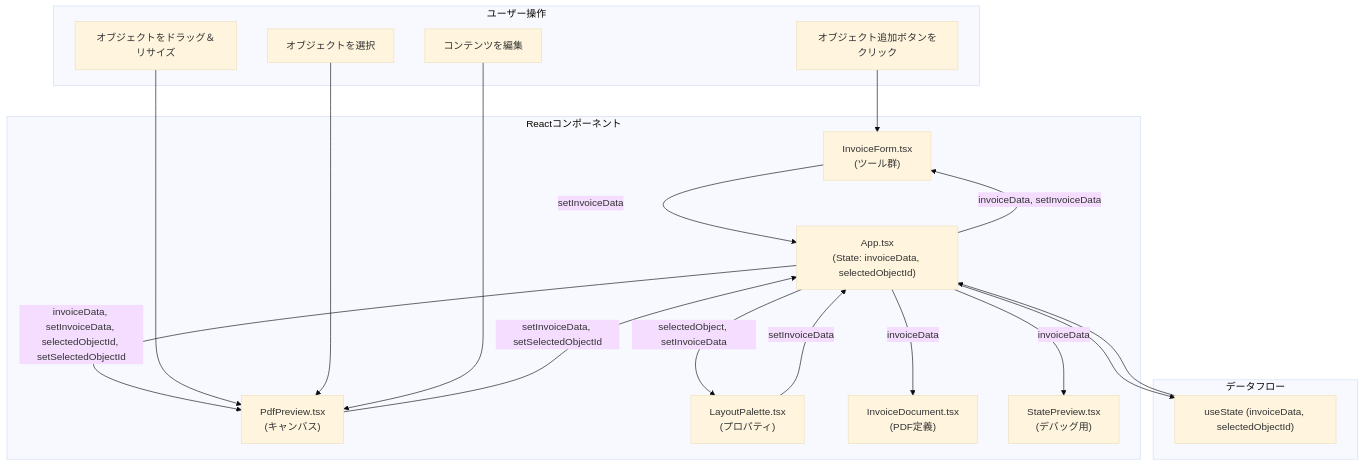
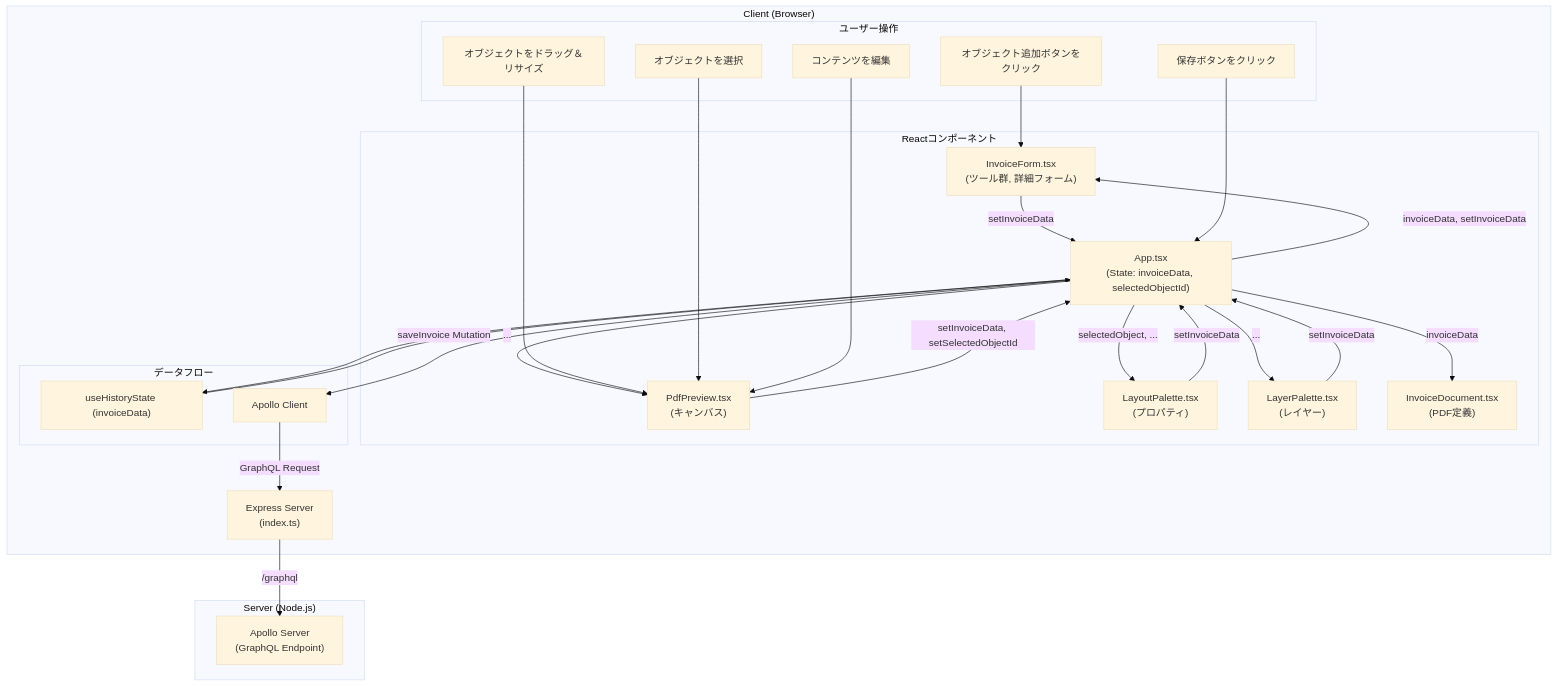
One commit to andsaki/pdf-editor changed the diagram in DESIGN_DOC.md. Above: the diagram before and after it, drawn with Mermaid (base theme). The commit also changed other lines of this file, not shown here.

First line of the commit message:
docs: Update design document

````diff
--- a/DESIGN_DOC.md
+++ b/DESIGN_DOC.md
@@ -22,41 +22,56 @@
 ```mermaid
 graph TD
-    subgraph "ユーザー操作"
-        UI_ClickAdd["オブジェクト追加ボタンをクリック"]
-        UI_Drag["オブジェクトをドラッグ＆リサイズ"]
-        UI_Select["オブジェクトを選択"]
-        UI_Edit["コンテンツを編集"]
+    subgraph "Client (Browser)"
+        subgraph "ユーザー操作"
+            UI_ClickAdd["オブジェクト追加ボタンをクリック"]
+            UI_Drag["オブジェクトをドラッグ＆リサイズ"]
+            UI_Select["オブジェクトを選択"]
+            UI_Edit["コンテンツを編集"]
+            UI_Save["保存ボタンをクリック"]
+        end
+
+        subgraph "Reactコンポーネント"
+            App["App.tsx<br/>(State: invoiceData, selectedObjectId)"]
+            InvoiceForm["InvoiceForm.tsx<br/>(ツール群, 詳細フォーム)"]
+            PdfPreview["PdfPreview.tsx<br/>(キャンバス)"]
+            LayoutPalette["LayoutPalette.tsx<br/>(プロパティ)"]
+            LayerPalette["LayerPalette.tsx<br/>(レイヤー)"]
+            InvoiceDocument["InvoiceDocument.tsx<br/>(PDF定義)"]
+        end
+
+        subgraph "データフロー"
+            State["useHistoryState (invoiceData)"]
+            Apollo["Apollo Client"]
+        end
+
+        App -- "invoiceData, setInvoiceData" --> InvoiceForm
+        App -- "..." --> PdfPreview
+        App -- "selectedObject, ..." --> LayoutPalette
+        App -- "..." --> LayerPalette
+        App -- "invoiceData" --> InvoiceDocument
+
+        UI_ClickAdd --> InvoiceForm
+        InvoiceForm -- "setInvoiceData" --> App
+        
+        UI_Drag --> PdfPreview
+        UI_Select --> PdfPreview
+        UI_Edit --> PdfPreview
+        PdfPreview -- "setInvoiceData, setSelectedObjectId" --> App
+
+        LayoutPalette -- "setInvoiceData" --> App
+        LayerPalette -- "setInvoiceData" --> App
+
+        UI_Save --> App
+        App -- "saveInvoice Mutation" --> Apollo
+        Apollo -- "GraphQL Request" --> Server
+
+        App --> State
+        State --> App
     end
 
-    subgraph "Reactコンポーネント"
-        App["App.tsx<br/>(State: invoiceData, selectedObjectId)"]
-        InvoiceForm["InvoiceForm.tsx<br/>(ツール群)"]
-        PdfPreview["PdfPreview.tsx<br/>(キャンバス)"]
-        LayoutPalette["LayoutPalette.tsx<br/>(プロパティ)"]
-        InvoiceDocument["InvoiceDocument.tsx<br/>(PDF定義)"]
-        StatePreview["StatePreview.tsx<br/>(デバッグ用)"]
+    subgraph "Server (Node.js)"
+        Server["Express Server<br/>(index.ts)"]
+        GraphQL["Apollo Server<br/>(GraphQL Endpoint)"]
+        Server -- "/graphql" --> GraphQL
     end
-
-    subgraph "データフロー"
-        State["useState (invoiceData, selectedObjectId)"]
-    end
-
-    App -- "invoiceData, setInvoiceData" --> InvoiceForm
-    App -- "invoiceData, setInvoiceData, selectedObjectId, setSelectedObjectId" --> PdfPreview
-    App -- "selectedObject, setInvoiceData" --> LayoutPalette
-    App -- "invoiceData" --> InvoiceDocument
-    App -- "invoiceData" --> StatePreview
-
-    UI_ClickAdd --> InvoiceForm
-    InvoiceForm -- "setInvoiceData" --> App
-    
-    UI_Drag --> PdfPreview
-    UI_Select --> PdfPreview
-    UI_Edit --> PdfPreview
-    PdfPreview -- "setInvoiceData, setSelectedObjectId" --> App
-
-    LayoutPalette -- "setInvoiceData" --> App
-
-    App --> State
-    State --> App
 ```
````
